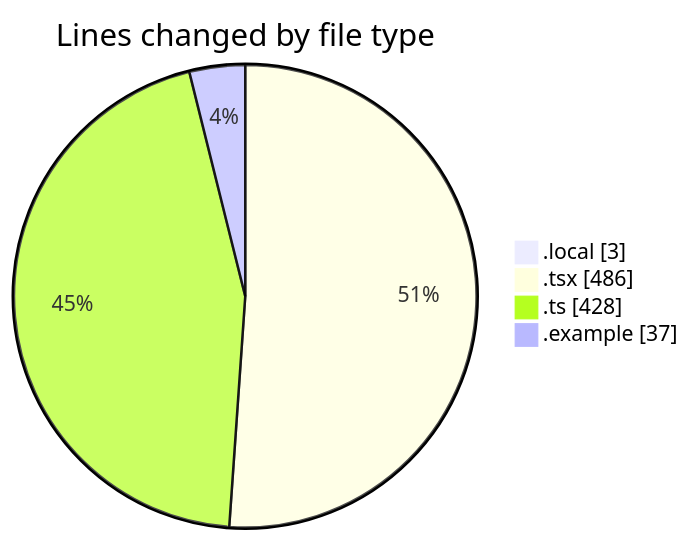
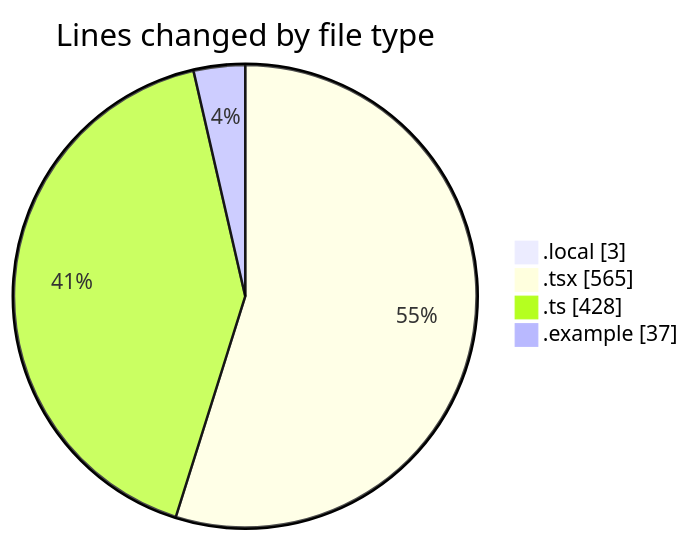
One commit to julien-gomy/code-tracking changed the first of 2 diagrams in 2025-11-20/eventscop-frontend-guide__workspace_/README.md. Above: the diagram before and after it, drawn with Mermaid. The commit also changed other lines of this file and 1 other file, not shown here.

````diff
--- a/2025-11-20/eventscop-frontend-guide__workspace_/README.md
+++ b/2025-11-20/eventscop-frontend-guide__workspace_/README.md
@@ -35,8 +36,8 @@
 ```mermaid
 pie showData
 title Lines changed by file type
 ".local" : 3
-".tsx" : 486
+".tsx" : 565
 ".ts" : 428
 ".example" : 37
 ```
````
